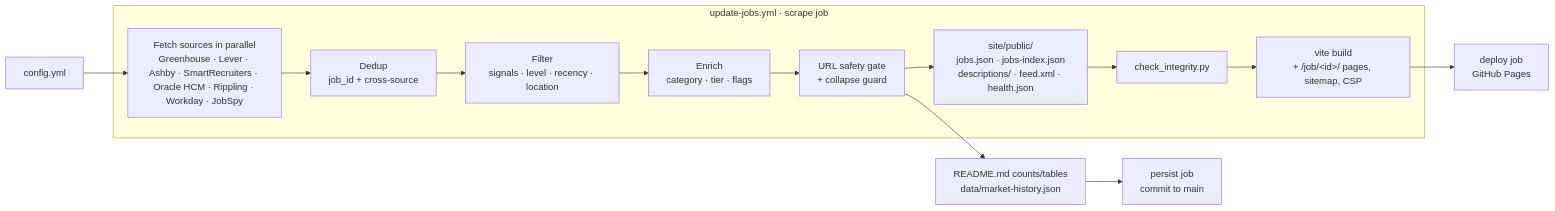
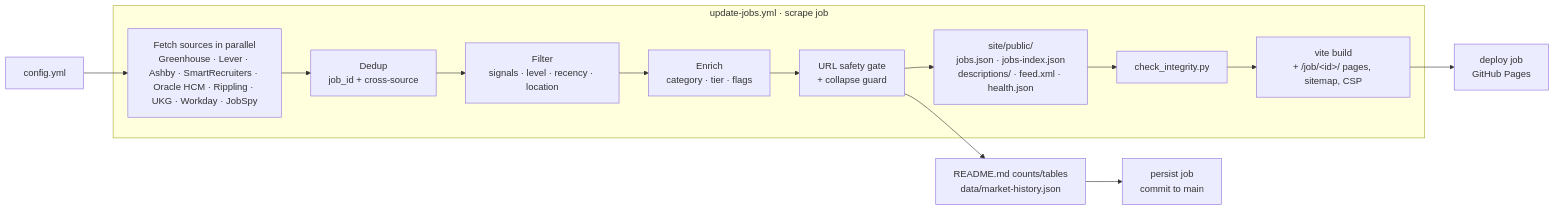
One commit to ambicuity/New-Grad-Jobs changed the diagram in docs/architecture.md. Above: the diagram before and after it, drawn with Mermaid. The commit also changed other lines of this file and 26 other files, not shown here.

First line of the commit message:
feat(sources): add a UKG Pro Recruiting source with 19 verified job boards (#401)

````diff
--- a/docs/architecture.md
+++ b/docs/architecture.md
@@ -9,16 +9,16 @@
 ```mermaid
 flowchart LR
     cfg[config.yml] --> fetch
     subgraph scrape["update-jobs.yml · scrape job"]
-        fetch["Fetch sources in parallel<br/>Greenhouse · Lever · Ashby · SmartRecruiters · Oracle HCM · Rippling · Workday · JobSpy"] --> dedup[Dedup<br/>job_id + cross-source]
+        fetch["Fetch sources in parallel<br/>Greenhouse · Lever · Ashby · SmartRecruiters · Oracle HCM · Rippling · UKG · Workday · JobSpy"] --> dedup[Dedup<br/>job_id + cross-source]
         dedup --> filter[Filter<br/>signals · level · recency · location]
         filter --> enrich[Enrich<br/>category · tier · flags]
         enrich --> gate[URL safety gate<br/>+ collapse guard]
         gate --> out["site/public/<br/>jobs.json · jobs-index.json<br/>descriptions/ · feed.xml · health.json"]
         out --> check[check_integrity.py]
         check --> build["vite build<br/>+ /job/&lt;id&gt;/ pages, sitemap, CSP"]
     end
     build --> deploy[deploy job<br/>GitHub Pages]
     gate --> state[README.md counts/tables<br/>data/market-history.json]
     state --> persist[persist job<br/>commit to main]
 ```
````
